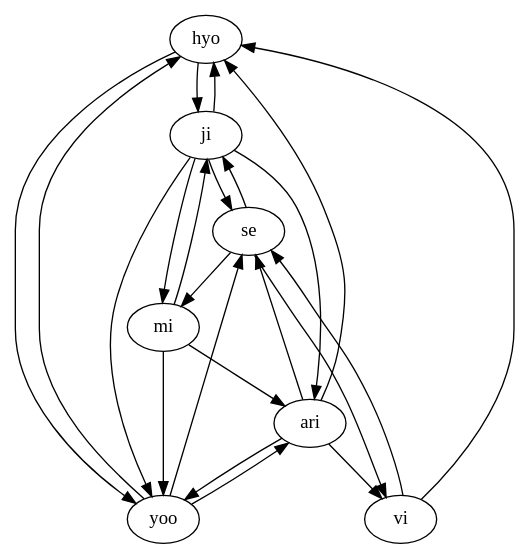
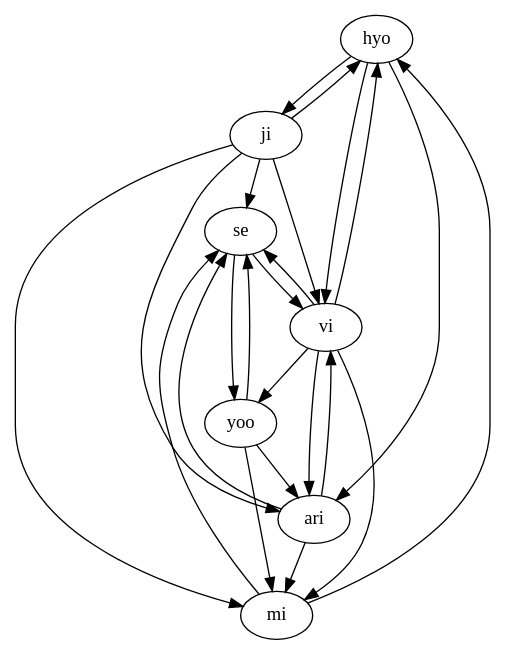
Before and after one commit to hannimpeha/WS: the diagram in src/main/java/resource/awesome.dot, drawn with Graphviz. The commit also changed 12 other files, not shown here.

```diff
--- a/src/main/java/resource/awesome.dot
+++ b/src/main/java/resource/awesome.dot
@@ -1,24 +1,25 @@
 digraph {
 hyo->ji;
 ji->hyo;
-hyo->yoo;
-yoo->hyo;
+mi->hyo;
+hyo->vi;
 vi->hyo;
-ari->hyo;
-ji->yoo;
+hyo->ari;
 ji->mi;
-mi->ji;
+ji->vi;
 ji->se;
-se->ji;
 ji->ari;
-mi->yoo;
+yoo->mi;
+vi->yoo;
 yoo->se;
+se->yoo;
 yoo->ari;
-ari->yoo;
-se->mi;
-mi->ari;
+vi->mi;
+mi->se;
+ari->mi;
 vi->se;
 se->vi;
+vi->ari;
 ari->vi;
 ari->se;
 }
```
